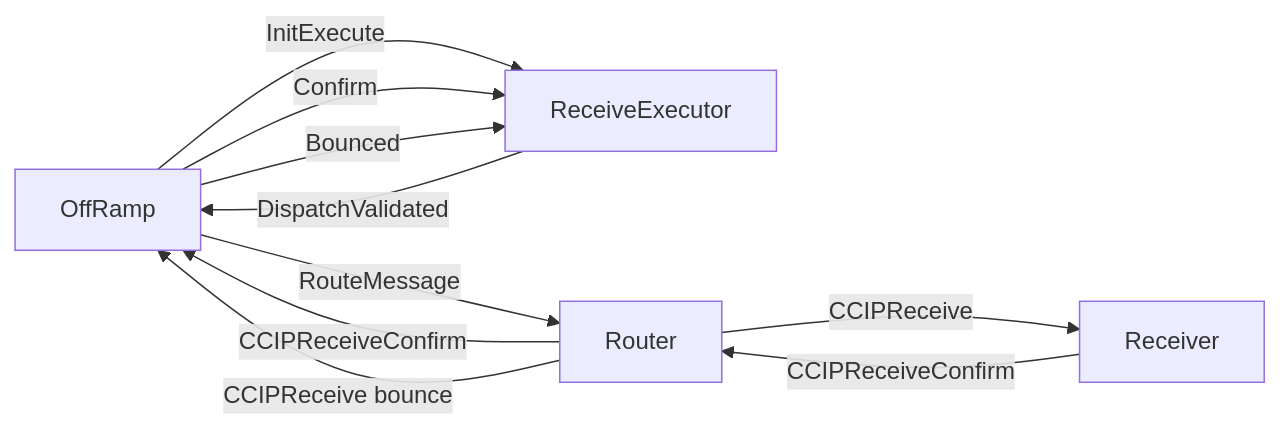
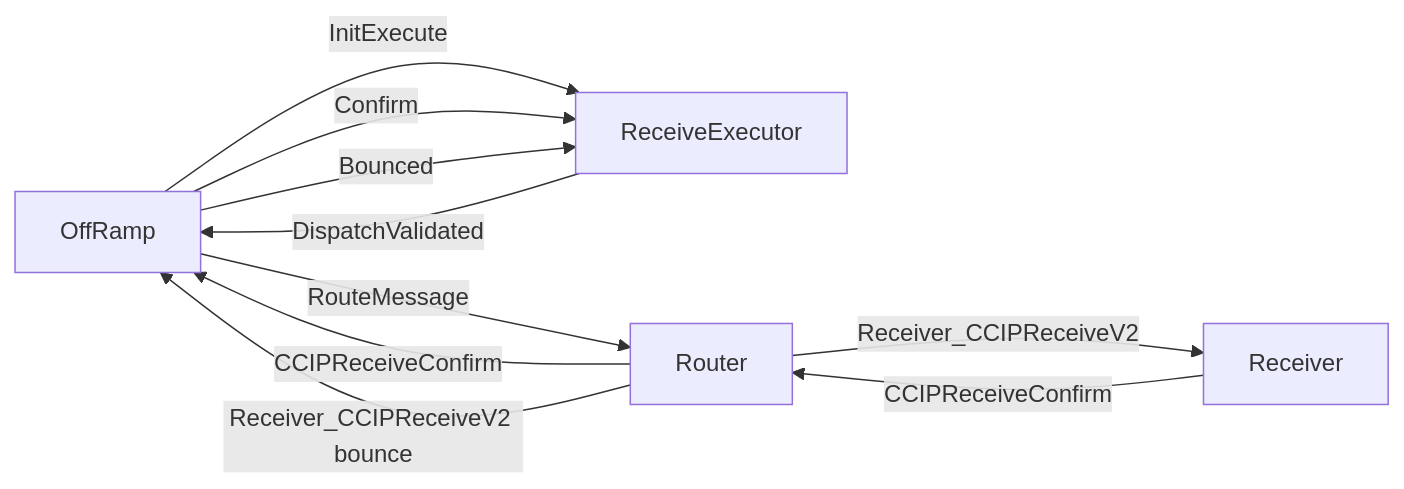
One commit to smartcontractkit/chainlink-ton changed the first of 2 diagrams in docs/contracts/overview/ccip/offramp/receive-executor.md. Above: the diagram before and after it, drawn with Mermaid. The commit also changed 31 other files, not shown here.

First line of the commit message:
[NONEVM-5608] Fix Receiver_CCIPReceive potential overflow (#841)

````diff
--- a/docs/contracts/overview/ccip/offramp/receive-executor.md
+++ b/docs/contracts/overview/ccip/offramp/receive-executor.md
@@ -15,17 +15,17 @@
 ```mermaid
 graph LR
 	OFR["OffRamp"]
 	RE["ReceiveExecutor"]
 	R["Router"]
 	RCV["Receiver"]
 
 	OFR -->|InitExecute| RE
 	RE -->|DispatchValidated| OFR
 	OFR -->|RouteMessage| R
-	R -->|CCIPReceive| RCV
+	R -->|Receiver_CCIPReceiveV2| RCV
 	RCV -->|CCIPReceiveConfirm| R
 	R -->|CCIPReceiveConfirm| OFR
 	OFR -->|Confirm| RE
-	R -->|CCIPReceive bounce| OFR
+	R -->|Receiver_CCIPReceiveV2 bounce| OFR
 	OFR -->|Bounced| RE
 ```
````
